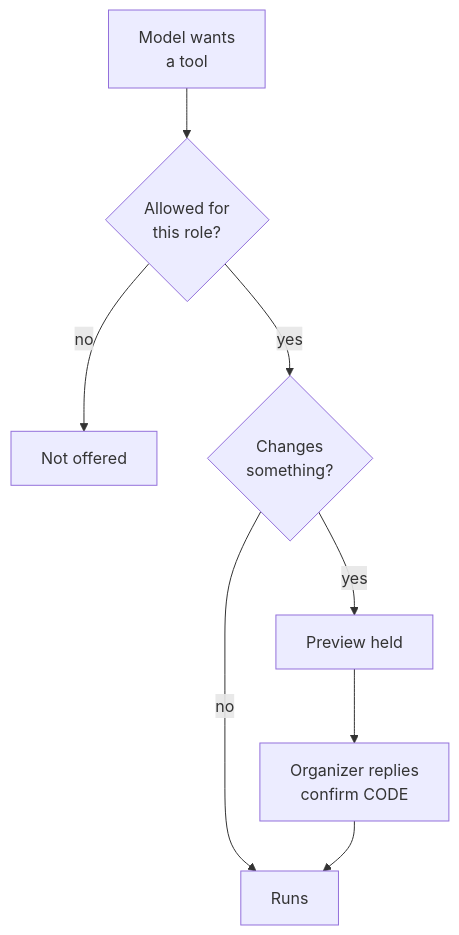
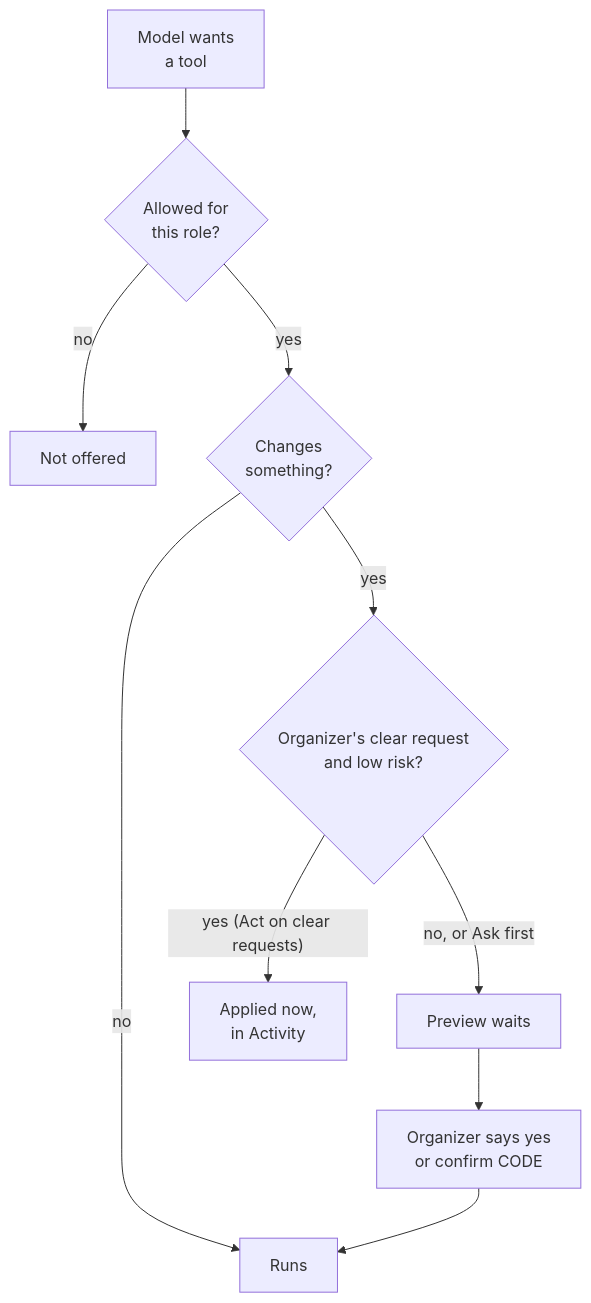
Before and after one commit to vikramgorla/duniya: the diagram in docs/diagrams/tool-permissions.mmd, drawn with Mermaid. The commit also changed 44 other files, not shown here.

First line of the commit message:
Agents: how sure before changing things (act on clear requests, enforced in code) (#214)

```diff
--- a/docs/diagrams/tool-permissions.mmd
+++ b/docs/diagrams/tool-permissions.mmd
@@ -1,6 +1,8 @@
 flowchart TD
   M["Model wants<br/>a tool"] --> AL{"Allowed for<br/>this role?"}
   AL -- "no" --> N["Not offered"]
   AL -- "yes" --> CH{"Changes<br/>something?"}
   CH -- "no" --> R["Runs"]
-  CH -- "yes" --> P["Preview held"] --> C["Organizer replies<br/>confirm CODE"] --> R
+  CH -- "yes" --> LO{"Organizer's clear request<br/>and low risk?"}
+  LO -- "yes (Act on clear requests)" --> A["Applied now,<br/>in Activity"]
+  LO -- "no, or Ask first" --> P["Preview waits"] --> C["Organizer says yes<br/>or confirm CODE"] --> R
```
